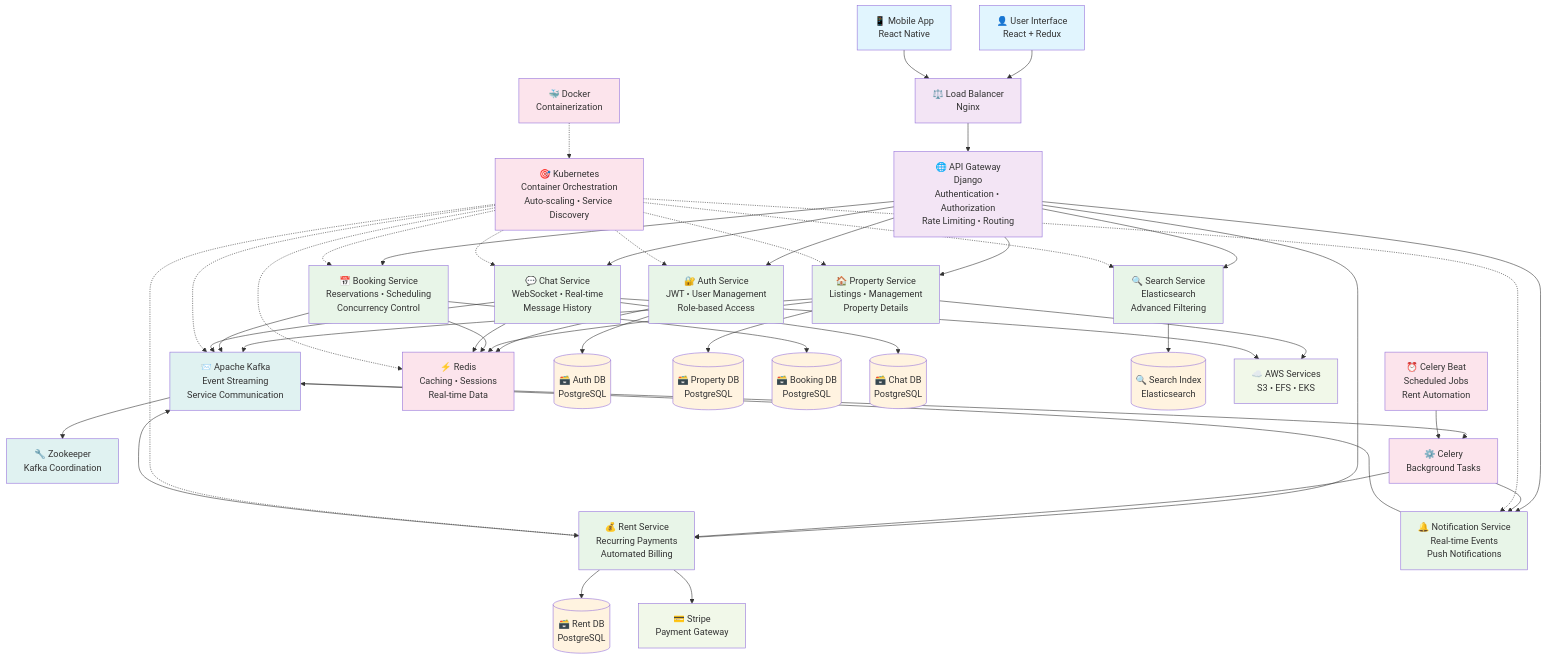
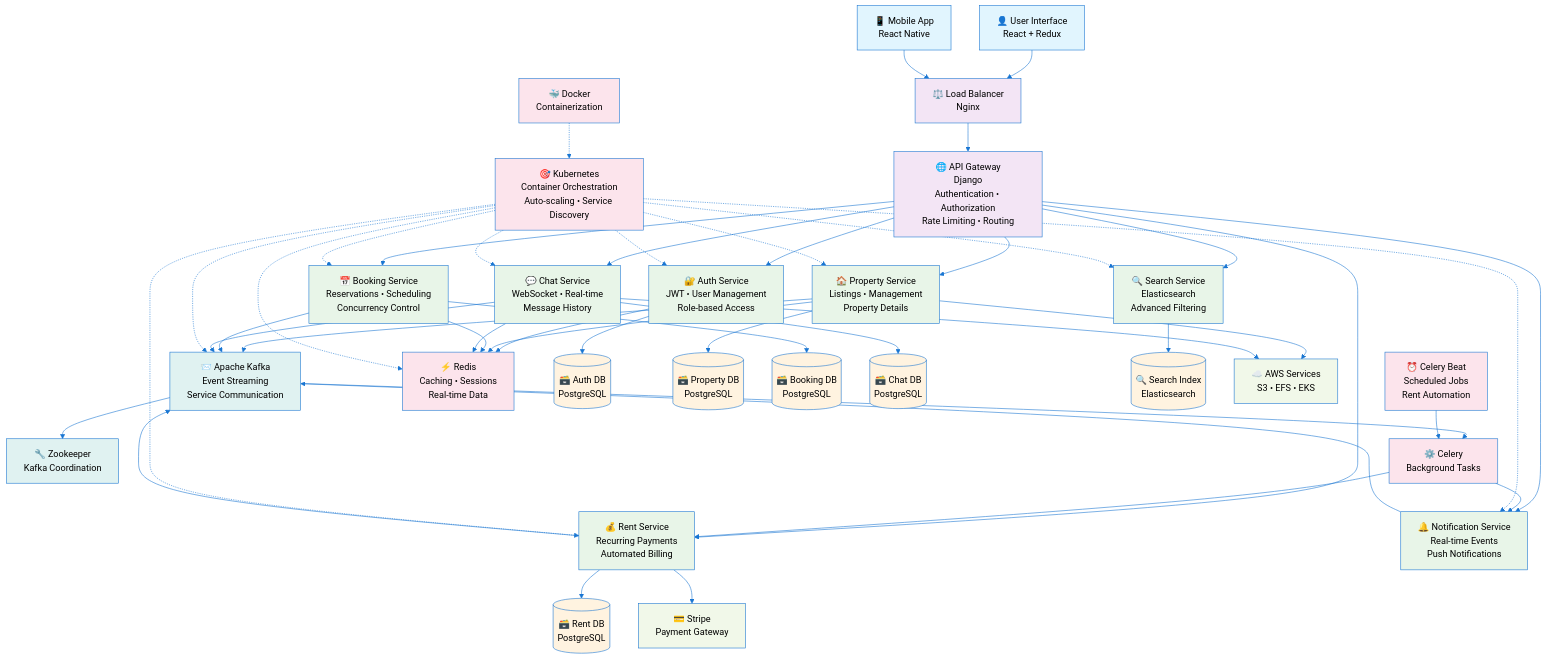
Before and after one commit to AdilAbubacker/rentezy_backend: the diagram in README.md, drawn with Mermaid.

````diff
--- a/README.md
+++ b/README.md
@@ -28,10 +28,5 @@
 ```mermaid
-%%{init: {
-  "theme": "base",
-  "themeVariables": {
-    "diagramBackground": "#e1f5fe",  // light blue
-  }
-}}%%
+%%{init: {'theme':'base', 'themeVariables': { 'primaryColor':'#e3f2fd','primaryTextColor':'#000','primaryBorderColor':'#1976d2','lineColor':'#1976d2','secondaryColor':'#bbdefb','tertiaryColor':'#f5f5f5'}}}%%
 graph TB
     %% User Layer
     User[👤 User Interface<br/>React + Redux]
````
